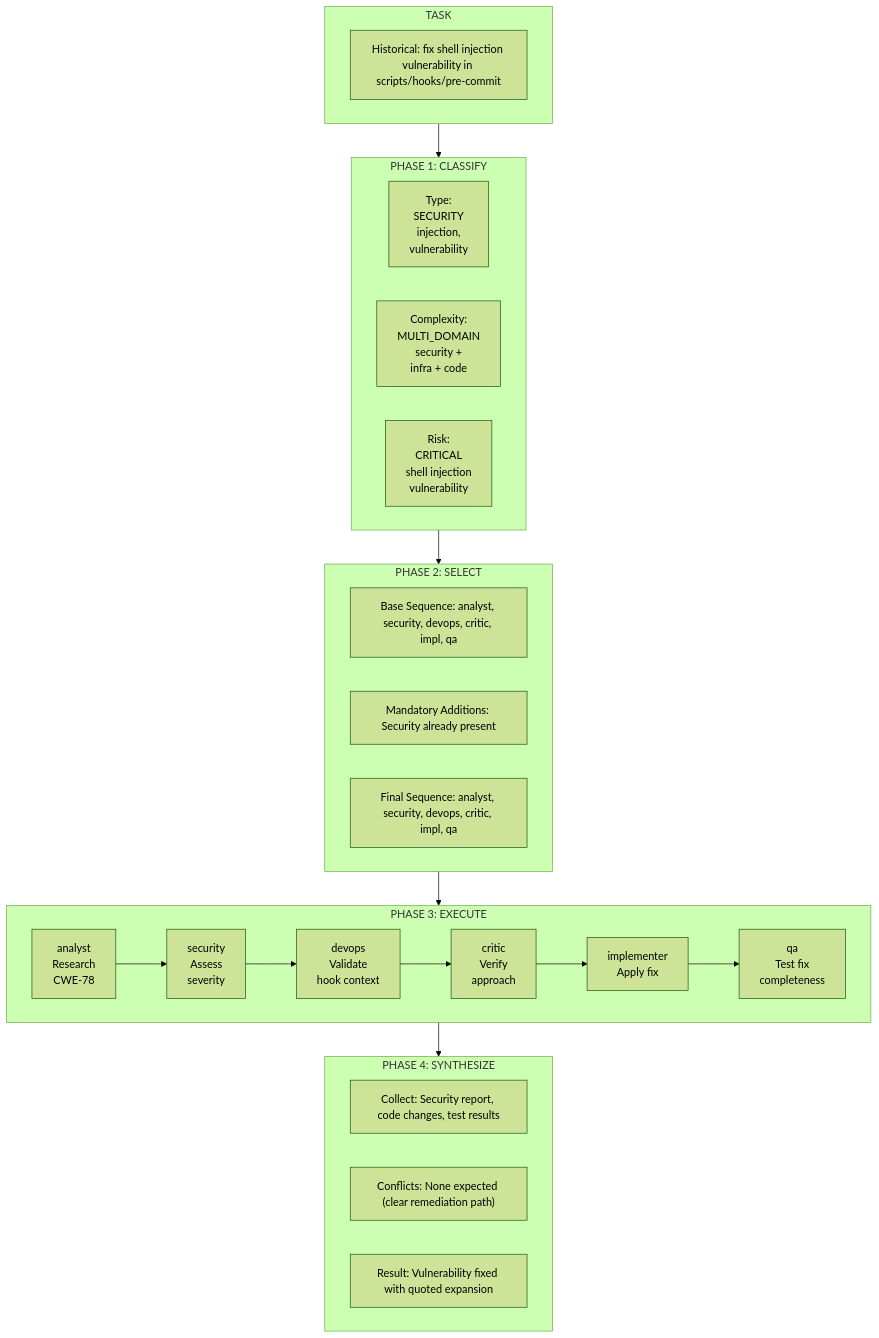
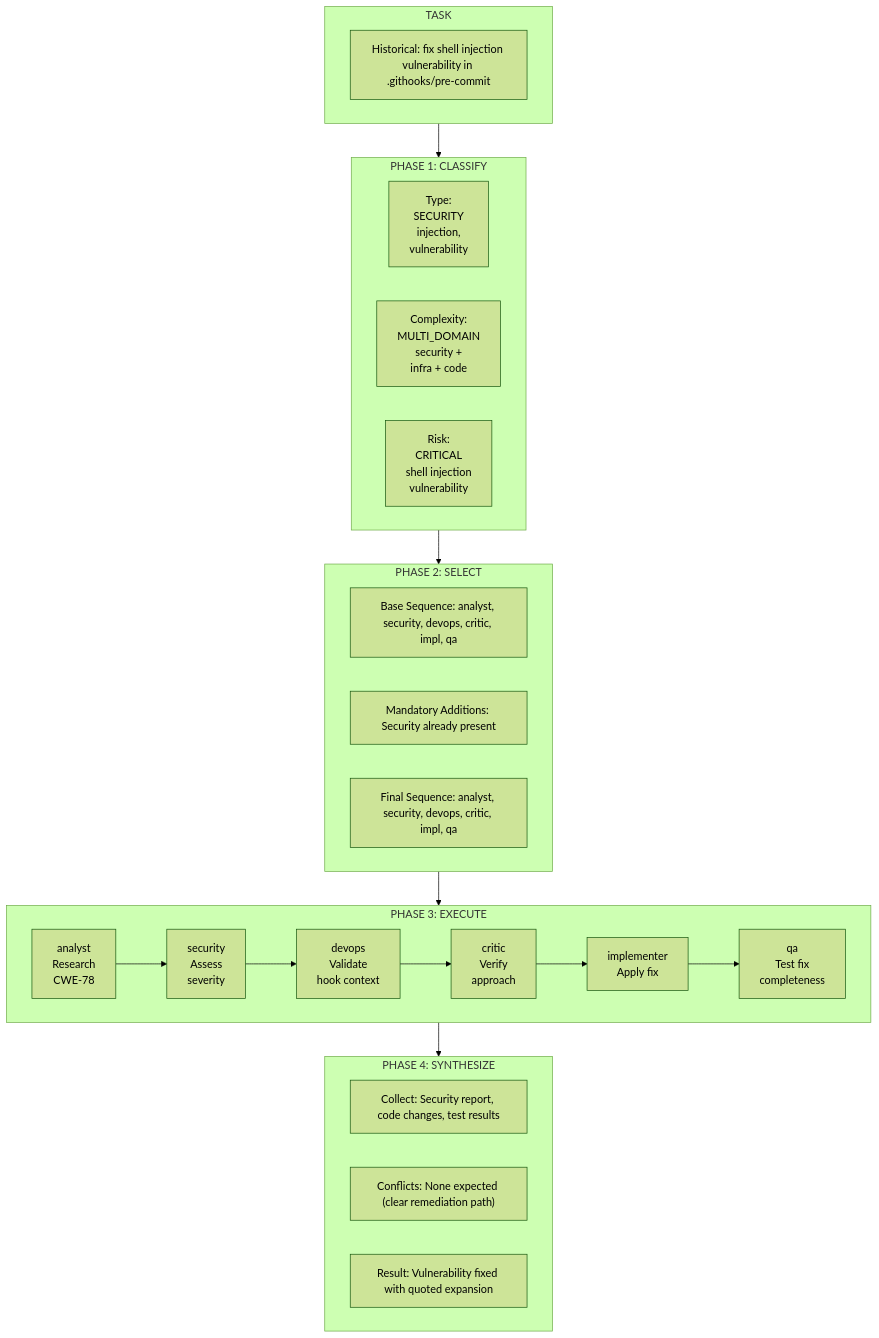
One commit to rjmurillo/ai-agents changed the eighth of 8 diagrams in docs/diagrams/routing-flowchart.md. Above: the diagram before and after it, drawn with Mermaid (forest theme). The commit also changed 1 other file, not shown here.

Commit message:
docs(hooks): correct historical hook paths

Copilot-Session: 871e41b7-9858-4f73-b2a4-2537b5e9a812

````diff
--- a/docs/diagrams/routing-flowchart.md
+++ b/docs/diagrams/routing-flowchart.md
@@ -198,37 +198,37 @@
 ```mermaid
 flowchart TB
     subgraph Task["TASK"]
-        TASK_DESC["Historical: fix shell injection vulnerability in scripts/hooks/pre-commit"]
+        TASK_DESC["Historical: fix shell injection vulnerability in .githooks/pre-commit"]
     end
 
     subgraph Phase1["PHASE 1: CLASSIFY"]
         TYPE[Type:<br/>SECURITY<br/>injection,<br/>vulnerability]
         COMPLEXITY[Complexity:<br/>MULTI_DOMAIN<br/>security +<br/>infra + code]
         RISK[Risk:<br/>CRITICAL<br/>shell injection<br/>vulnerability]
     end
 
     subgraph Phase2["PHASE 2: SELECT"]
         BASE["Base Sequence: analyst, security, devops, critic, impl, qa"]
         ADDITIONS["Mandatory Additions: Security already present"]
         FINAL["Final Sequence: analyst, security, devops, critic, impl, qa"]
     end
 
     subgraph Phase3["PHASE 3: EXECUTE"]
         ANALYST[analyst<br/>Research<br/>CWE-78] --> SECURITY_AGENT[security<br/>Assess<br/>severity]
         SECURITY_AGENT --> DEVOPS[devops<br/>Validate<br/>hook context]
         DEVOPS --> CRITIC[critic<br/>Verify<br/>approach]
         CRITIC --> IMPLEMENTER[implementer<br/>Apply fix]
         IMPLEMENTER --> QA[qa<br/>Test fix<br/>completeness]
     end
 
     subgraph Phase4["PHASE 4: SYNTHESIZE"]
         COLLECT_P4["Collect: Security report, code changes, test results"]
         CONFLICTS["Conflicts: None expected (clear remediation path)"]
         RESULT["Result: Vulnerability fixed with quoted expansion"]
     end
 
     Task --> Phase1
     Phase1 --> Phase2
     Phase2 --> Phase3
     Phase3 --> Phase4
 ```
````
